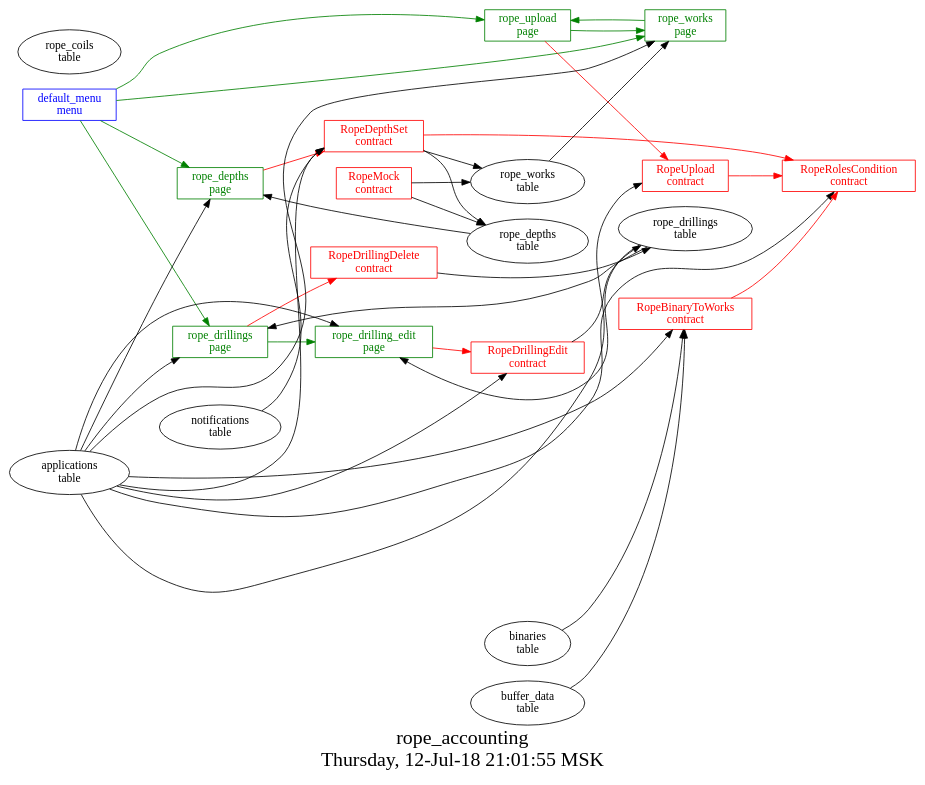
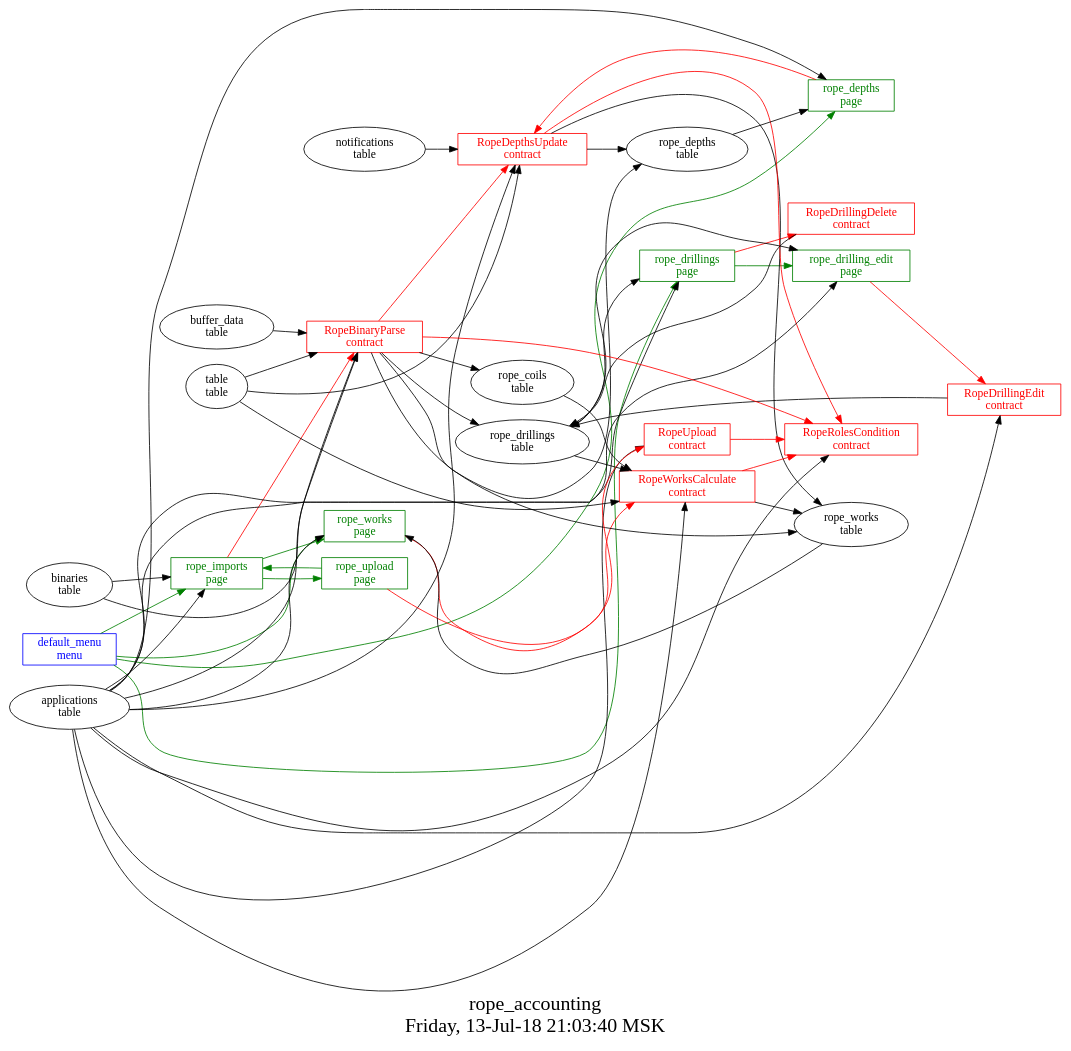
Before and after one commit to AplaProject/apps: the diagram in src/rope_accounting/struct.dot, drawn with Graphviz. The commit also changed 18 other files, not shown here.

```diff
--- a/src/rope_accounting/struct.dot
+++ b/src/rope_accounting/struct.dot
@@ -1,63 +1,80 @@
 digraph G {
 graph [
   fontsize="24";
-  label="rope_accounting\nThursday, 12-Jul-18 21:01:55 MSK";
+  label="rope_accounting\nFriday, 13-Jul-18 21:03:40 MSK";
   nojustify=true;
   ordering=out;
   rankdir=LR;
   size="30";
 ];
-"default_menu\nmenu" -> "rope_upload\npage"  [ color=green ]
+"default_menu\nmenu" -> "rope_imports\npage"  [ color=green ]
 "default_menu\nmenu" -> "rope_works\npage"  [ color=green ]
 "default_menu\nmenu" -> "rope_depths\npage"  [ color=green ]
 "default_menu\nmenu" -> "rope_drillings\npage"  [ color=green ]
 "default_menu\nmenu" [color=blue, fontcolor=blue, group=menus, shape=record];
-"rope_depths\npage" -> "RopeDepthSet\ncontract"  [ color=red ]
+"rope_depths\npage" -> "RopeDepthsUpdate\ncontract"  [ color=red ]
 "applications\ntable" -> "rope_depths\npage"
 "rope_depths\ntable" -> "rope_depths\npage"
 "rope_depths\npage" [color=green, fontcolor=green, group=pages, shape=record];
 "rope_drilling_edit\npage" -> "RopeDrillingEdit\ncontract"  [ color=red ]
 "applications\ntable" -> "rope_drilling_edit\npage"
 "rope_drillings\ntable" -> "rope_drilling_edit\npage"
 "rope_drilling_edit\npage" [color=green, fontcolor=green, group=pages, shape=record];
 "rope_drillings\npage" -> "RopeDrillingDelete\ncontract"  [ color=red ]
 "applications\ntable" -> "rope_drillings\npage"
 "rope_drillings\ntable" -> "rope_drillings\npage"
 "rope_drillings\npage" -> "rope_drilling_edit\npage"  [ color=green ]
 "rope_drillings\npage" [color=green, fontcolor=green, group=pages, shape=record];
+"rope_imports\npage" -> "RopeBinaryParse\ncontract"  [ color=red ]
+"applications\ntable" -> "rope_imports\npage"
+"binaries\ntable" -> "rope_imports\npage"
+"rope_imports\npage" -> "rope_works\npage"  [ color=green ]
+"rope_imports\npage" -> "rope_upload\npage"  [ color=green ]
+"rope_imports\npage" [color=green, fontcolor=green, group=pages, shape=record];
 "rope_upload\npage" -> "RopeUpload\ncontract"  [ color=red ]
-"rope_upload\npage" -> "rope_works\npage"  [ color=green ]
+"rope_upload\npage" -> "rope_imports\npage"  [ color=green ]
 "rope_upload\npage" [color=green, fontcolor=green, group=pages, shape=record];
+"rope_works\npage" -> "RopeWorksCalculate\ncontract"  [ color=red ]
 "applications\ntable" -> "rope_works\npage"
 "rope_works\ntable" -> "rope_works\npage"
-"rope_works\npage" -> "rope_upload\npage"  [ color=green ]
 "rope_works\npage" [color=green, fontcolor=green, group=pages, shape=record];
-"RopeBinaryToWorks\ncontract" -> "RopeRolesCondition\ncontract"  [ color=red ]
-"applications\ntable" -> "RopeBinaryToWorks\ncontract"
-"buffer_data\ntable" -> "RopeBinaryToWorks\ncontract"
-"binaries\ntable" -> "RopeBinaryToWorks\ncontract"
-"RopeBinaryToWorks\ncontract" [color=red, fontcolor=red, group=contracts, shape=record];
-"RopeDepthSet\ncontract" -> "RopeRolesCondition\ncontract"  [ color=red ]
-"RopeDepthSet\ncontract" -> "rope_works\ntable"  [ color="" ]
-"RopeDepthSet\ncontract" -> "rope_depths\ntable"  [ color="" ]
-"notifications\ntable" -> "RopeDepthSet\ncontract"
-"applications\ntable" -> "RopeDepthSet\ncontract"
-"RopeDepthSet\ncontract" [color=red, fontcolor=red, group=contracts, shape=record];
+"RopeBinaryParse\ncontract" -> "RopeDepthsUpdate\ncontract"  [ color=red ]
+"RopeBinaryParse\ncontract" -> "RopeRolesCondition\ncontract"  [ color=red ]
+"RopeBinaryParse\ncontract" -> "rope_coils\ntable"  [ color="" ]
+"RopeBinaryParse\ncontract" -> "rope_drillings\ntable"  [ color="" ]
+"RopeBinaryParse\ncontract" -> "rope_works\ntable"  [ color="" ]
+"RopeBinaryParse\ncontract" -> "rope_depths\ntable"  [ color="" ]
+"table\ntable" -> "RopeBinaryParse\ncontract"
+"buffer_data\ntable" -> "RopeBinaryParse\ncontract"
+"binaries\ntable" -> "RopeBinaryParse\ncontract"
+"applications\ntable" -> "RopeBinaryParse\ncontract"
+"RopeBinaryParse\ncontract" [color=red, fontcolor=red, group=contracts, shape=record];
+"RopeDepthsUpdate\ncontract" -> "RopeRolesCondition\ncontract"  [ color=red ]
+"RopeDepthsUpdate\ncontract" -> "rope_works\ntable"  [ color="" ]
+"RopeDepthsUpdate\ncontract" -> "rope_depths\ntable"  [ color="" ]
+"table\ntable" -> "RopeDepthsUpdate\ncontract"
+"notifications\ntable" -> "RopeDepthsUpdate\ncontract"
+"applications\ntable" -> "RopeDepthsUpdate\ncontract"
+"RopeDepthsUpdate\ncontract" [color=red, fontcolor=red, group=contracts, shape=record];
 "RopeDrillingDelete\ncontract" -> "rope_drillings\ntable"  [ color="" ]
 "RopeDrillingDelete\ncontract" [color=red, fontcolor=red, group=contracts, shape=record];
 "RopeDrillingEdit\ncontract" -> "rope_drillings\ntable"  [ color="" ]
 "applications\ntable" -> "RopeDrillingEdit\ncontract"
 "RopeDrillingEdit\ncontract" [color=red, fontcolor=red, group=contracts, shape=record];
-"RopeMock\ncontract" -> "rope_works\ntable"  [ color="" ]
-"RopeMock\ncontract" -> "rope_depths\ntable"  [ color="" ]
-"RopeMock\ncontract" [color=red, fontcolor=red, group=contracts, shape=record];
 "applications\ntable" -> "RopeRolesCondition\ncontract"
 "RopeRolesCondition\ncontract" [color=red, fontcolor=red, group=contracts, shape=record];
 "RopeUpload\ncontract" -> "RopeRolesCondition\ncontract"  [ color=red ]
 "applications\ntable" -> "RopeUpload\ncontract"
 "RopeUpload\ncontract" [color=red, fontcolor=red, group=contracts, shape=record];
+"RopeWorksCalculate\ncontract" -> "RopeRolesCondition\ncontract"  [ color=red ]
+"RopeWorksCalculate\ncontract" -> "rope_works\ntable"  [ color="" ]
+"table\ntable" -> "RopeWorksCalculate\ncontract"
+"applications\ntable" -> "RopeWorksCalculate\ncontract"
+"rope_coils\ntable" -> "RopeWorksCalculate\ncontract"
+"rope_drillings\ntable" -> "RopeWorksCalculate\ncontract"
+"RopeWorksCalculate\ncontract" [color=red, fontcolor=red, group=contracts, shape=record];
 "rope_coils\ntable" [color="", fontcolor="", group=tables, shape=""];
 "rope_depths\ntable" [color="", fontcolor="", group=tables, shape=""];
 "rope_drillings\ntable" [color="", fontcolor="", group=tables, shape=""];
 "rope_works\ntable" [color="", fontcolor="", group=tables, shape=""];
 }
```
